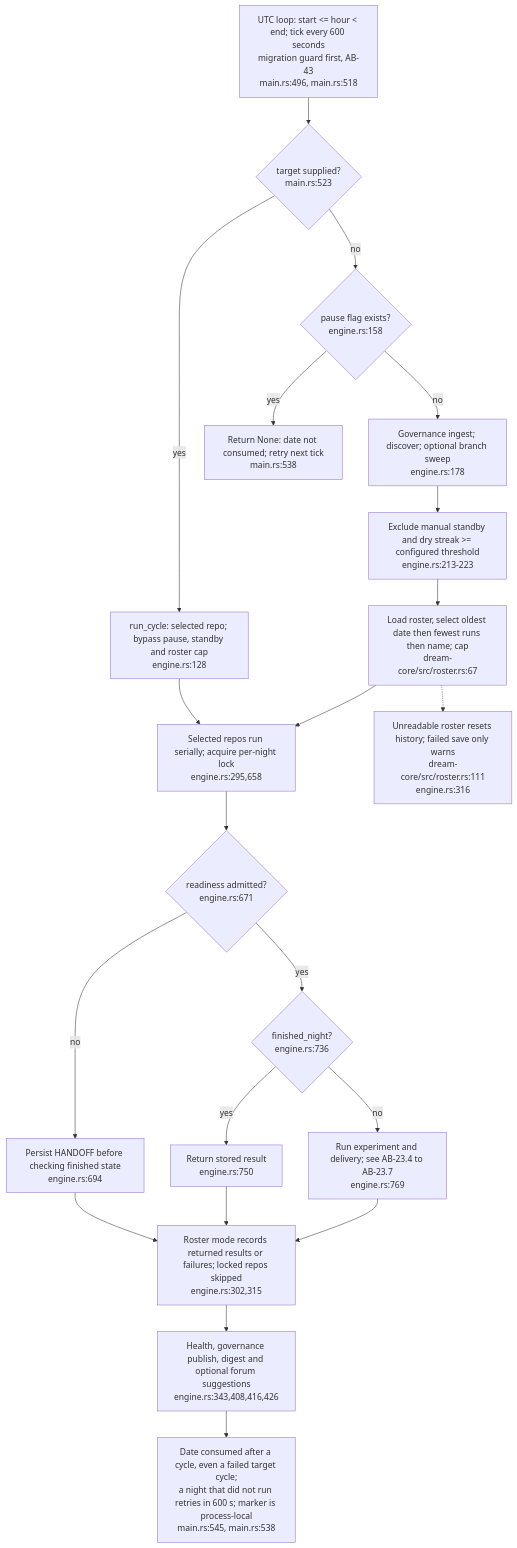
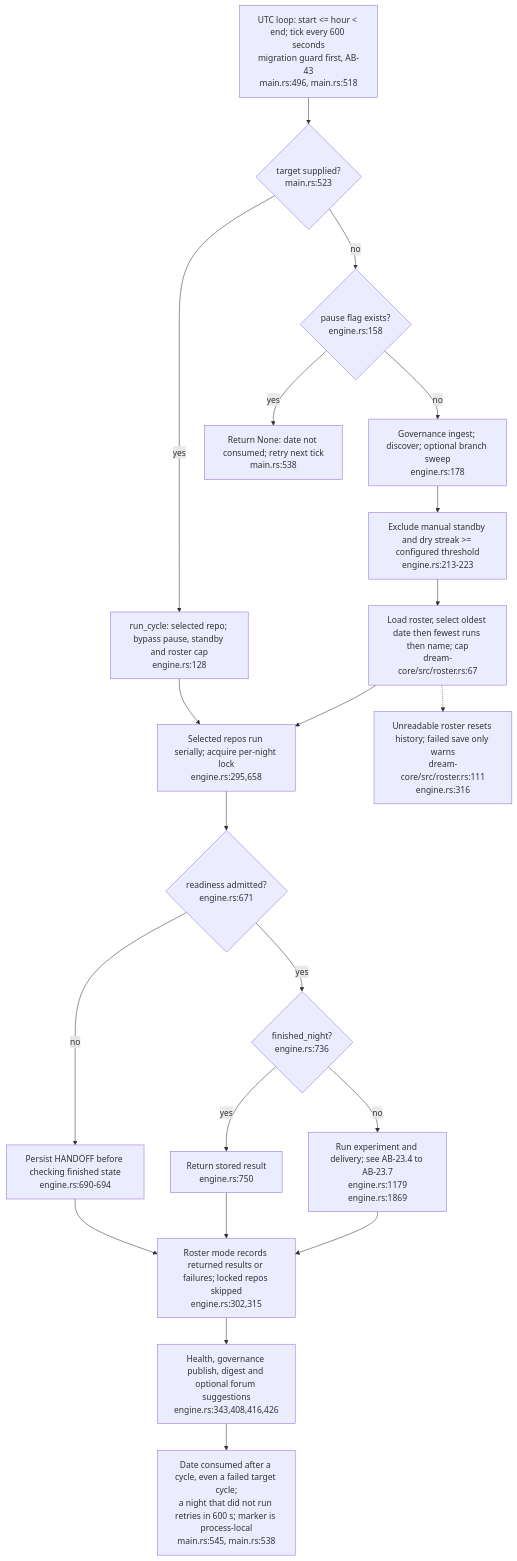
Before and after one commit to DreamLab-AI/VisionFlow: the second of 24 diagrams in docs/diagrams/agentbox/23-dream-engine.md, drawn with Mermaid. The commit also changed other lines of this file and 48 other files, not shown here.

Commit message:
docs: reconcile estate repairs and first diagram refresh batch

````diff
--- a/docs/diagrams/agentbox/23-dream-engine.md
+++ b/docs/diagrams/agentbox/23-dream-engine.md
@@ -141,25 +141,25 @@
 ```mermaid
 flowchart TB
     LOOP["UTC loop: start <= hour < end; tick every 600 seconds<br/>migration guard first, AB-43<br/>main.rs:496, main.rs:518"]
     TARGET{"target supplied?<br/>main.rs:523"}
     LOOP --> TARGET
     TARGET -->|yes| SINGLE["run_cycle: selected repo; bypass pause, standby and roster cap<br/>engine.rs:128"]
     TARGET -->|no| PAUSE{"pause flag exists?<br/>engine.rs:158"}
     PAUSE -->|yes| RETRY["Return None: date not consumed; retry next tick<br/>main.rs:538"]
     PAUSE -->|no| NIGHT["Governance ingest; discover; optional branch sweep<br/>engine.rs:178"]
     NIGHT --> FILTER["Exclude manual standby and dry streak >= configured threshold<br/>engine.rs:213-223"]
     FILTER --> ROS["Load roster, select oldest date then fewest runs then name; cap<br/>dream-core/src/roster.rs:67"]
     ROS --> LOCK["Selected repos run serially; acquire per-night lock<br/>engine.rs:295,658"]
     SINGLE --> LOCK
     LOCK --> READY{"readiness admitted?<br/>engine.rs:671"}
-    READY -->|no| HAND["Persist HANDOFF before checking finished state<br/>engine.rs:694"]
+    READY -->|no| HAND["Persist HANDOFF before checking finished state<br/>engine.rs:690-694"]
     READY -->|yes| DONE{"finished_night?<br/>engine.rs:736"}
     DONE -->|yes| OLD["Return stored result<br/>engine.rs:750"]
-    DONE -->|no| CYCLE["Run experiment and delivery; see AB-23.4 to AB-23.7<br/>engine.rs:769"]
+    DONE -->|no| CYCLE["Run experiment and delivery; see AB-23.4 to AB-23.7<br/>engine.rs:1179<br/>engine.rs:1869"]
     HAND --> RECORD["Roster mode records returned results or failures; locked repos skipped<br/>engine.rs:302,315"]
     OLD --> RECORD
     CYCLE --> RECORD
     RECORD --> HEALTH["Health, governance publish, digest and optional forum suggestions<br/>engine.rs:343,408,416,426"]
     HEALTH --> DATE["Date consumed after a cycle, even a failed target cycle;<br/>a night that did not run retries in 600 s; marker is process-local<br/>main.rs:545, main.rs:538"]
     ROS -.-> LOSS["Unreadable roster resets history; failed save only warns<br/>dream-core/src/roster.rs:111<br/>engine.rs:316"]
 ```
````
